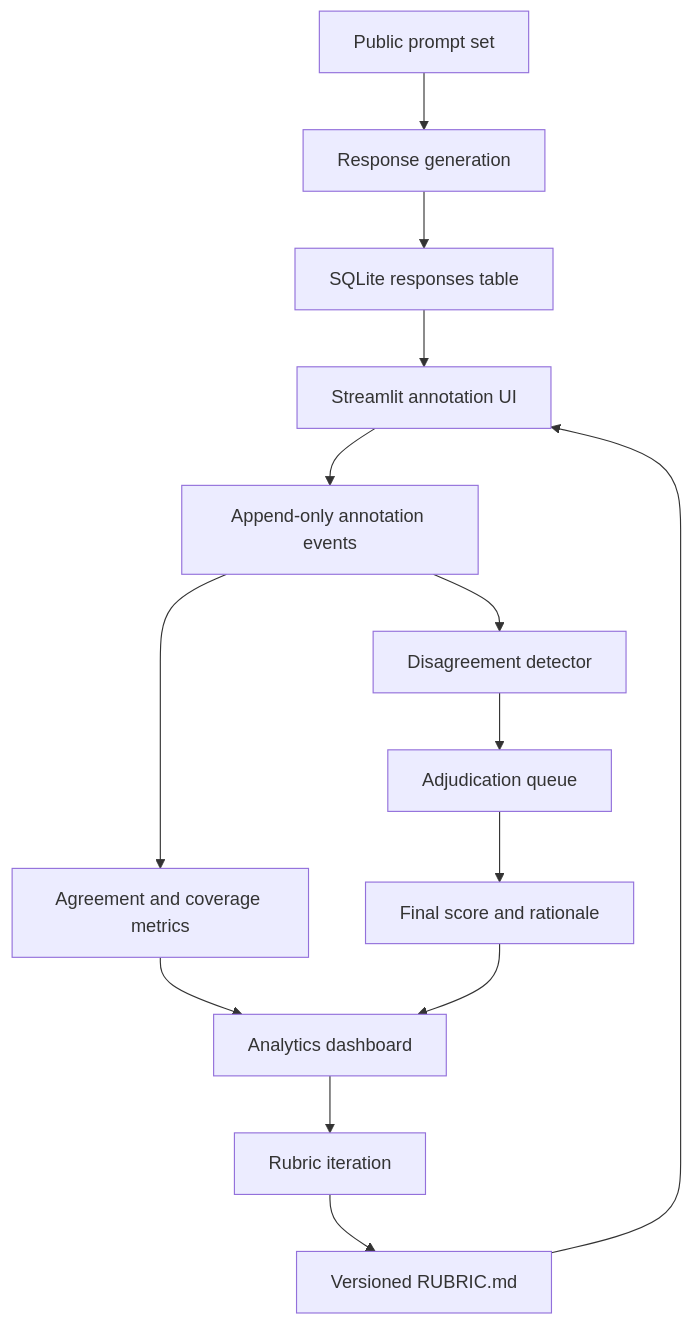
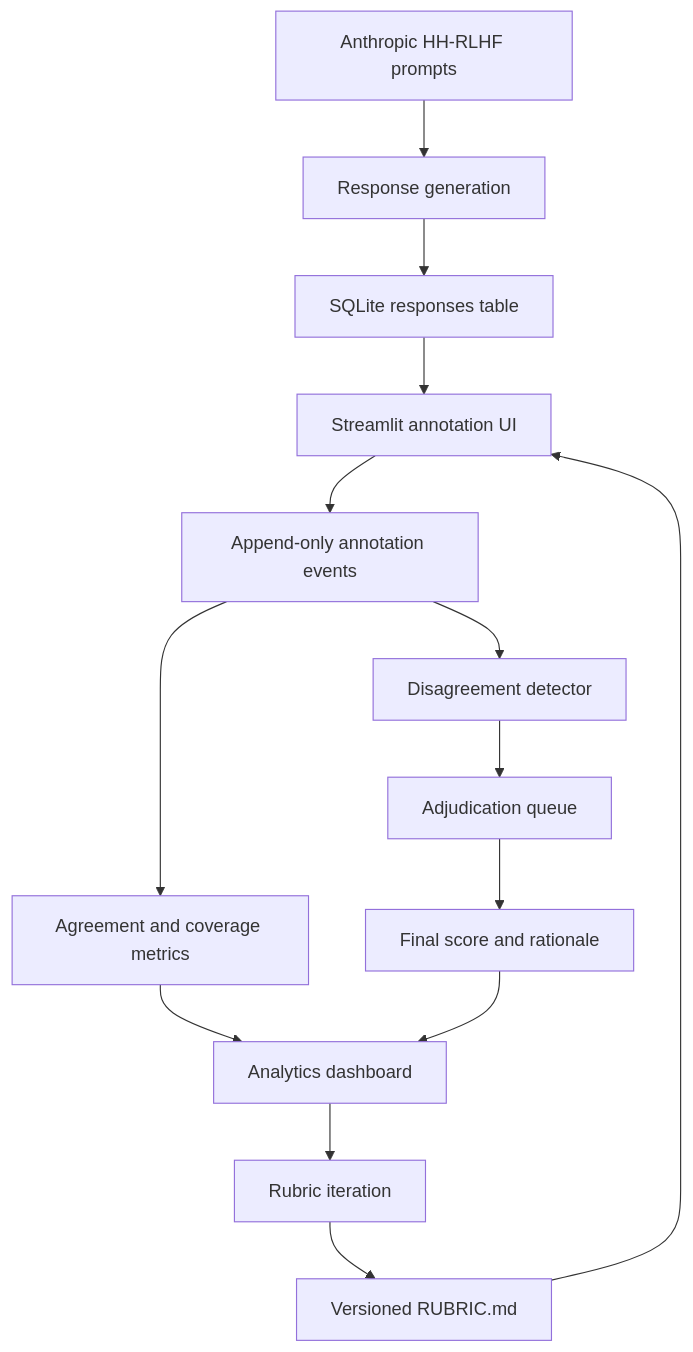
One commit to Ning-H/llm-eval-human-annotation-harness changed the diagram in docs/architecture.md. Above: the diagram before and after it, drawn with Mermaid. The commit also changed 10 other files, not shown here.

Commit message:
Ingest HH-RLHF prompts and configure cheap model generation

````diff
--- a/docs/architecture.md
+++ b/docs/architecture.md
@@ -3,16 +3,16 @@
 ```mermaid
 flowchart TD
-    A["Public prompt set"] --> B["Response generation"]
+    A["Anthropic HH-RLHF prompts"] --> B["Response generation"]
     B --> C["SQLite responses table"]
     C --> D["Streamlit annotation UI"]
     E["Versioned RUBRIC.md"] --> D
     D --> F["Append-only annotation events"]
     F --> G["Agreement and coverage metrics"]
     F --> H["Disagreement detector"]
     H --> I["Adjudication queue"]
     I --> J["Final score and rationale"]
     G --> K["Analytics dashboard"]
     J --> K
     K --> L["Rubric iteration"]
     L --> E
 ```
````
